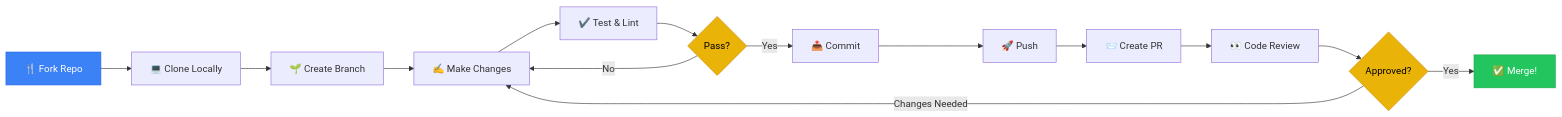
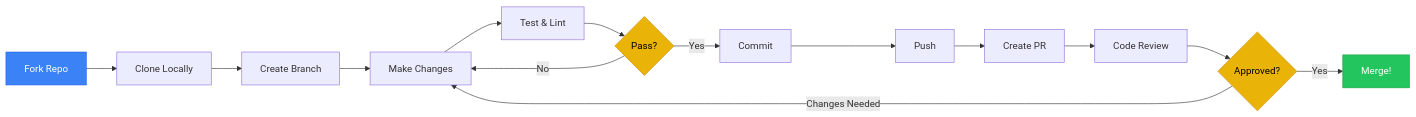
Before and after one commit to tian972k/micro-fontend-base: the first of 2 diagrams in CONTRIBUTING.md, drawn with Mermaid. The commit also changed 2 other files, not shown here.

Commit message:
fix: remove emojis from Mermaid diagrams to prevent parsing errors

````diff
--- a/CONTRIBUTING.md
+++ b/CONTRIBUTING.md
@@ -5,21 +5,21 @@
 ```mermaid
 flowchart LR
-    A[🍴 Fork Repo] --> B[💻 Clone Locally]
-    B --> C[🌱 Create Branch]
-    C --> D[✍️ Make Changes]
-    D --> E[✔️ Test & Lint]
+    A[Fork Repo] --> B[Clone Locally]
+    B --> C[Create Branch]
+    C --> D[Make Changes]
+    D --> E[Test & Lint]
     E --> F{Pass?}
     F -->|No| D
-    F -->|Yes| G[📤 Commit]
-    G --> H[🚀 Push]
-    H --> I[📨 Create PR]
-    I --> J[👀 Code Review]
+    F -->|Yes| G[Commit]
+    G --> H[Push]
+    H --> I[Create PR]
+    I --> J[Code Review]
     J --> K{Approved?}
     K -->|Changes Needed| D
-    K -->|Yes| L[✅ Merge!]
+    K -->|Yes| L[Merge!]
 
     style A fill:#3b82f6,stroke:#2563eb,color:#fff
     style L fill:#22c55e,stroke:#16a34a,color:#fff
     style F fill:#eab308,stroke:#ca8a04,color:#000
     style K fill:#eab308,stroke:#ca8a04,color:#000
 ```
````
